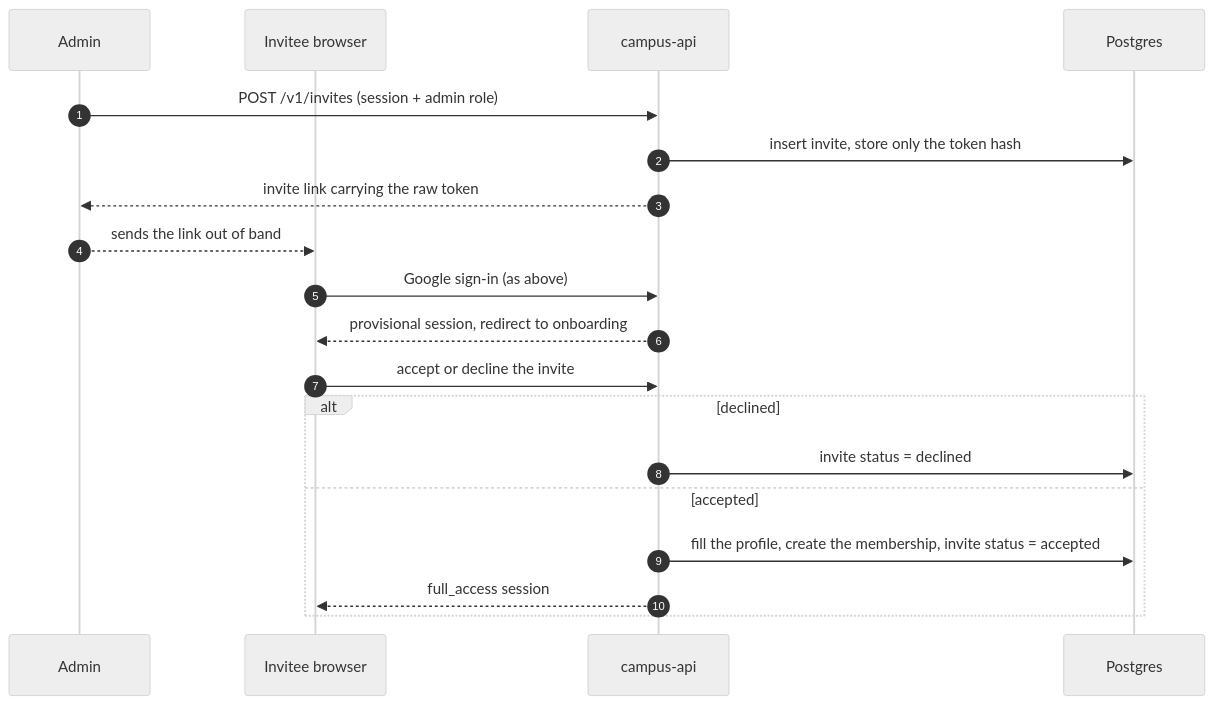
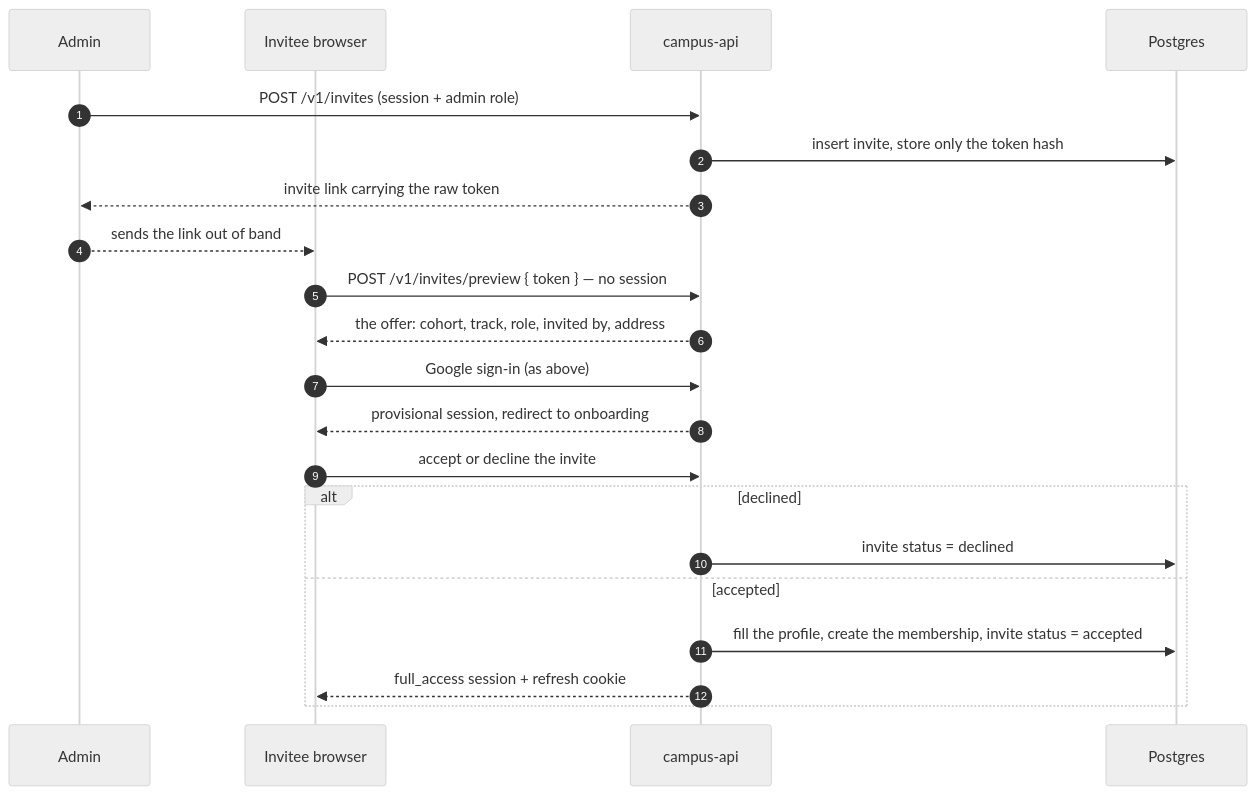
The third of 5 diagrams in docs/auth-flow.md (Risevestacademy/campus-server), drawn with Mermaid (neutral theme) before and after one commit. The commit also changed other lines of this file and 6 other files, not shown here.

First line of the commit message:
docs: document the sign-in flow the web app builds against

````diff
--- a/docs/auth-flow.md
+++ b/docs/auth-flow.md
@@ -96,24 +106,26 @@
 ```mermaid
 sequenceDiagram
     autonumber
     participant Admin
     participant B as Invitee browser
     participant A as campus-api
     participant DB as Postgres
 
     Admin->>A: POST /v1/invites (session + admin role)
     A->>DB: insert invite, store only the token hash
     A-->>Admin: invite link carrying the raw token
 
     Admin-->>B: sends the link out of band
+    B->>A: POST /v1/invites/preview { token } — no session
+    A-->>B: the offer: cohort, track, role, invited by, address
     B->>A: Google sign-in (as above)
     A-->>B: provisional session, redirect to onboarding
 
     B->>A: accept or decline the invite
     alt declined
         A->>DB: invite status = declined
     else accepted
         A->>DB: fill the profile, create the membership, invite status = accepted
-        A-->>B: full_access session
+        A-->>B: full_access session + refresh cookie
     end
 ```
````
